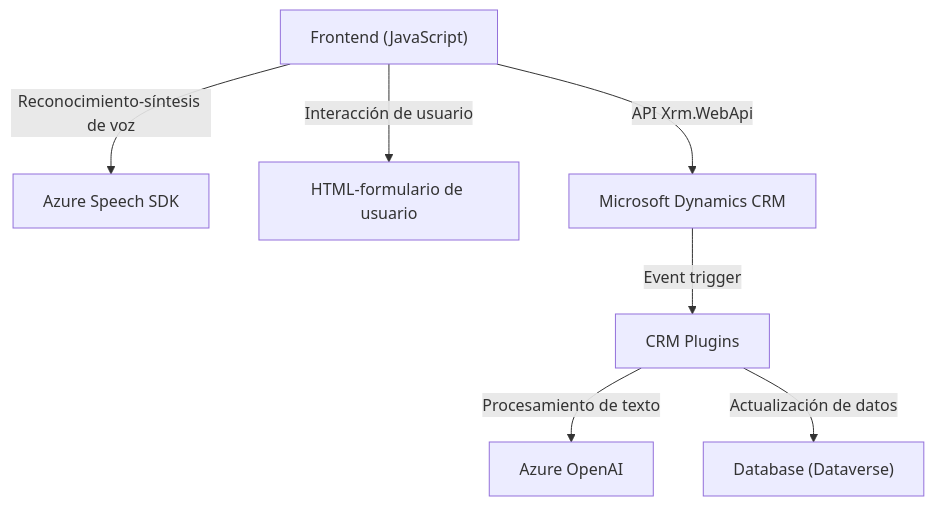
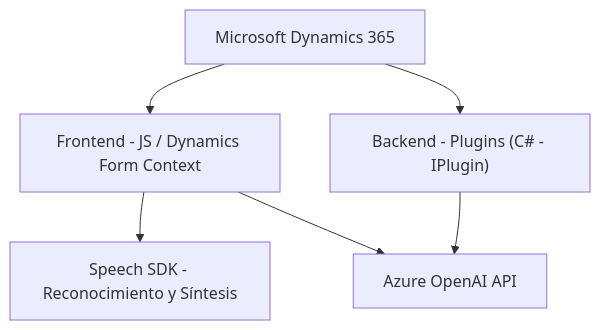
Before and after one commit to blopezdm/NETCORE_BILBAO2025: the diagram in README.md, drawn with Mermaid. The commit also changed other lines of this file, not shown here.

````diff
--- a/README.md
+++ b/README.md
@@ -33,17 +51,14 @@
 ```mermaid
 graph TD
-    A["Frontend (JavaScript)"]
-    B["Azure Speech SDK"]
-    C["HTML-formulario de usuario"]
-    D["Microsoft Dynamics CRM"]
-    E["Azure OpenAI"]
-    F["CRM Plugins"]
-    G["Database (Dataverse)"]
+    A["Microsoft Dynamics 365"]
+    B["Frontend - JS / Dynamics Form Context"]
+    C["Speech SDK - Reconocimiento y Síntesis"]
+    D["Azure OpenAI API"]
+    E["Backend - Plugins (C# - IPlugin)"]
 
-    A -->|Interacción de usuario| C
-    A -->|Reconocimiento-síntesis de voz| B
-    A -->|API Xrm.WebApi| D
-    D -->|Event trigger| F
-    F -->|Procesamiento de texto| E
-    F -->|Actualización de datos| G
+    A --> B
+    A --> E
+    B --> C
+    B --> D
+    E --> D
 ```
````
